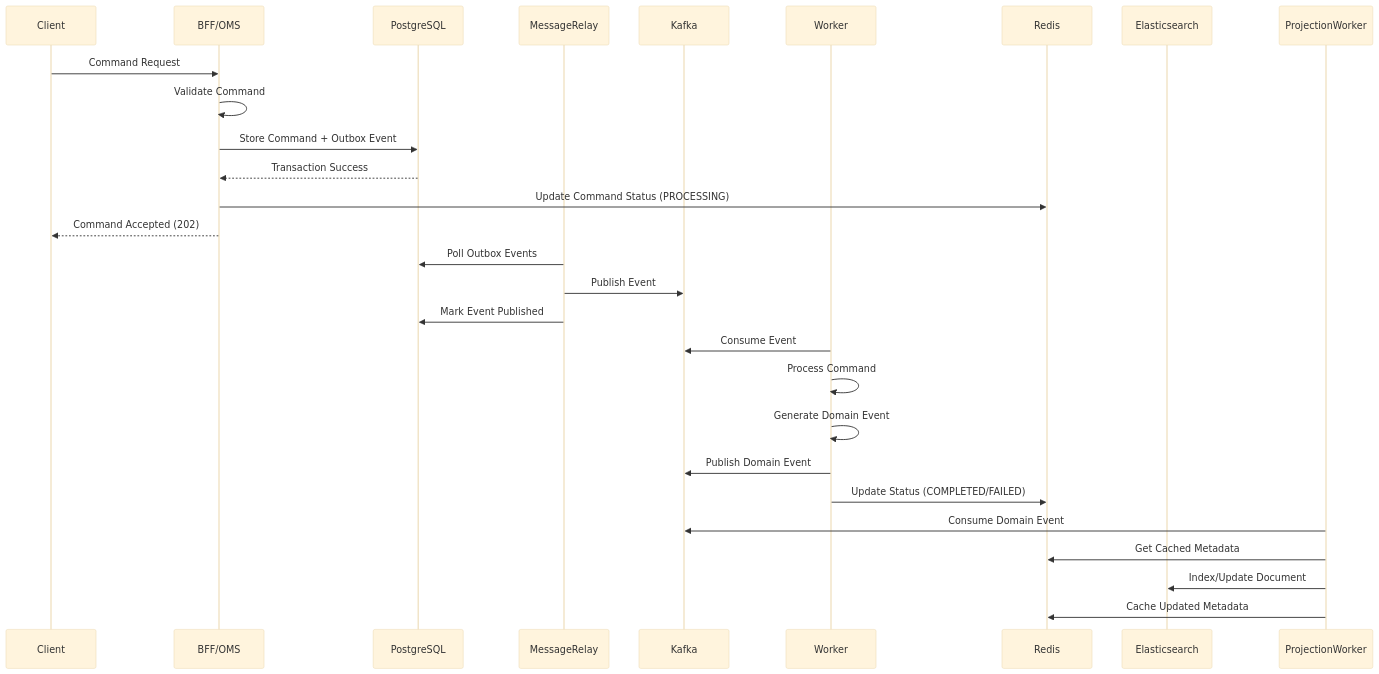
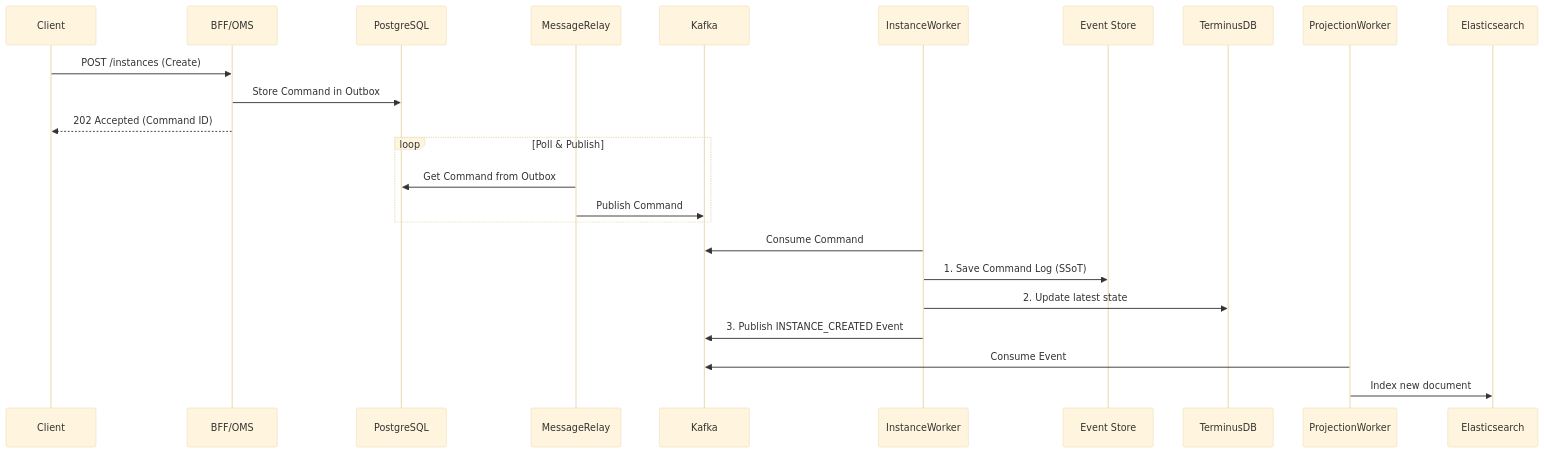
Before and after one commit to ludia8888/SPICE-Harvester: the second of 2 diagrams in docs/ARCHITECTURE.md, drawn with Mermaid (base theme). The commit also changed other lines of this file and 101 other files, not shown here.

````diff
--- a/docs/ARCHITECTURE.md
+++ b/docs/ARCHITECTURE.md
@@ -370,33 +149,30 @@
 ```mermaid
 sequenceDiagram
     participant Client
     participant BFF/OMS
     participant PostgreSQL
     participant MessageRelay
     participant Kafka
-    participant Worker
-    participant Redis
-    participant ES as Elasticsearch
-    
-    Client->>BFF/OMS: Command Request
-    BFF/OMS->>BFF/OMS: Validate Command
-    BFF/OMS->>PostgreSQL: Store Command + Outbox Event
-    PostgreSQL-->>BFF/OMS: Transaction Success
-    BFF/OMS->>Redis: Update Command Status (PROCESSING)
-    BFF/OMS-->>Client: Command Accepted (202)
-    
-    MessageRelay->>PostgreSQL: Poll Outbox Events
-    MessageRelay->>Kafka: Publish Event
-    MessageRelay->>PostgreSQL: Mark Event Published
-    
-    Worker->>Kafka: Consume Event
-    Worker->>Worker: Process Command
-    Worker->>Worker: Generate Domain Event
-    Worker->>Kafka: Publish Domain Event
-    Worker->>Redis: Update Status (COMPLETED/FAILED)
-    
-    ProjectionWorker->>Kafka: Consume Domain Event
-    ProjectionWorker->>Redis: Get Cached Metadata
-    ProjectionWorker->>ES: Index/Update Document
-    ProjectionWorker->>Redis: Cache Updated Metadata
+    participant InstanceWorker
+    participant S3 as Event Store
+    participant TerminusDB
+    participant ProjectionWorker
+    participant Elasticsearch
+
+    Client->>BFF/OMS: POST /instances (Create)
+    BFF/OMS->>PostgreSQL: Store Command in Outbox
+    BFF/OMS-->>Client: 202 Accepted (Command ID)
+
+    loop Poll & Publish
+        MessageRelay->>PostgreSQL: Get Command from Outbox
+        MessageRelay->>Kafka: Publish Command
+    end
+
+    InstanceWorker->>Kafka: Consume Command
+    InstanceWorker->>S3: 1. Save Command Log (SSoT)
+    InstanceWorker->>TerminusDB: 2. Update latest state
+    InstanceWorker->>Kafka: 3. Publish INSTANCE_CREATED Event
+
+    ProjectionWorker->>Kafka: Consume Event
+    ProjectionWorker->>Elasticsearch: Index new document
 ```
````
